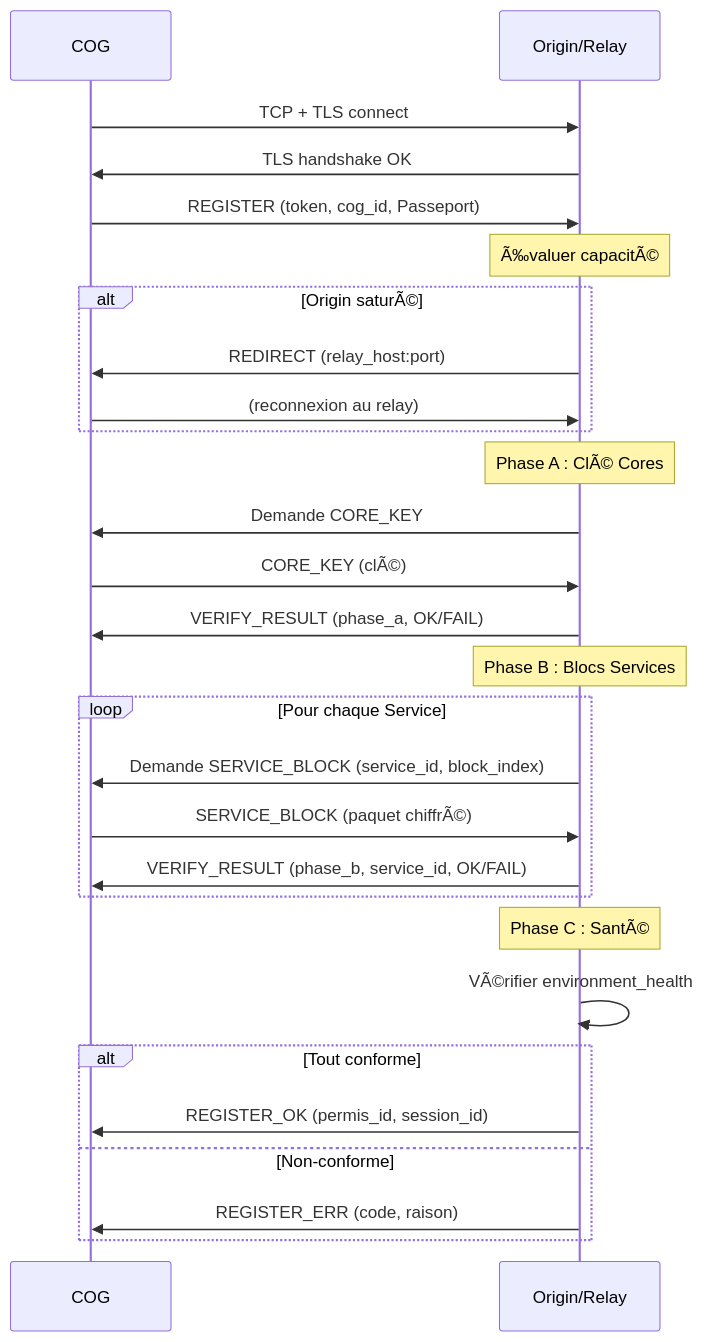
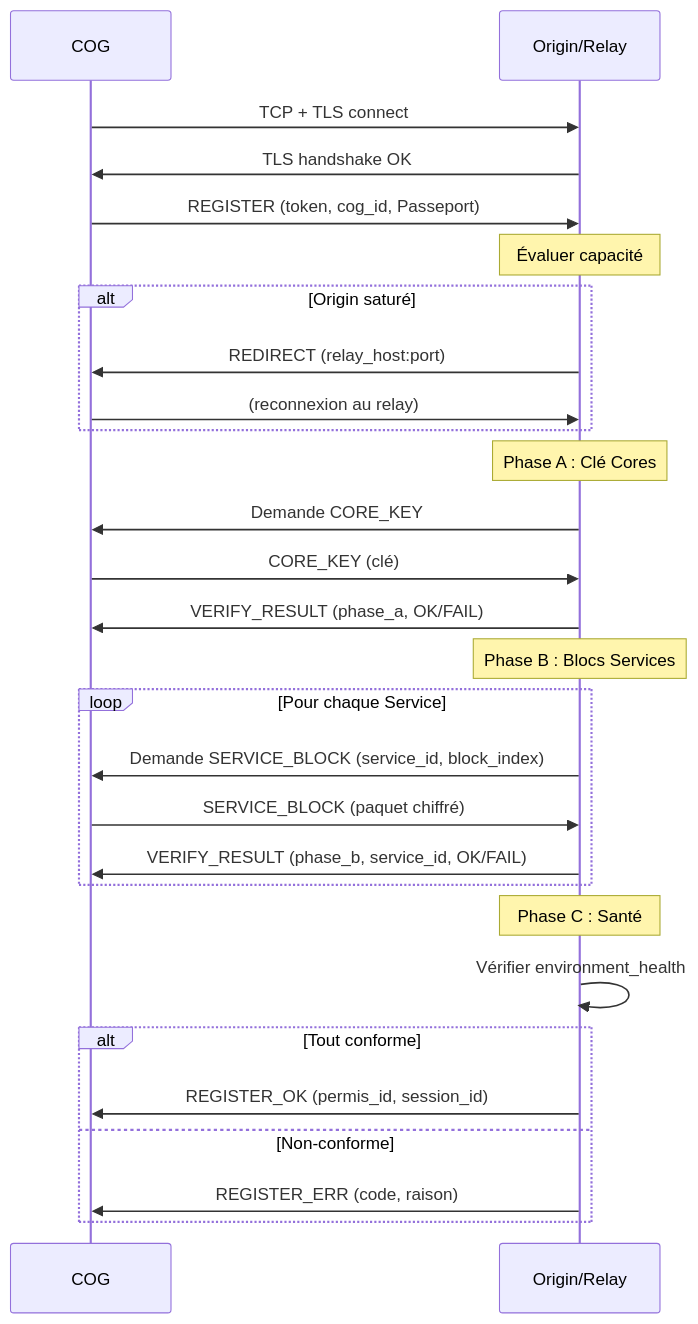
One commit to StudioMiyukini/miyukini_cog changed the diagram in docs/miyukini-webway-system/protocole/MWS - Protocole Relay.md. Above: the diagram before and after it, drawn with Mermaid. The commit also changed other lines of this file and 564 other files, not shown here.

````diff
--- a/docs/miyukini-webway-system/protocole/MWS - Protocole Relay.md
+++ b/docs/miyukini-webway-system/protocole/MWS - Protocole Relay.md
@@ -99,36 +99,36 @@
 ```mermaid
 sequenceDiagram
     participant COG as COG
     participant O as Origin/Relay
 
     COG->>O: TCP + TLS connect
     O->>COG: TLS handshake OK
 
     COG->>O: REGISTER (token, cog_id, Passeport)
-    Note over O: Ã‰valuer capacitÃ©
-    alt Origin saturÃ©
+    Note over O: Évaluer capacité
+    alt Origin saturé
         O->>COG: REDIRECT (relay_host:port)
         COG->>O: (reconnexion au relay)
     end
 
-    Note over O: Phase A : ClÃ© Cores
+    Note over O: Phase A : Clé Cores
     O->>COG: Demande CORE_KEY
-    COG->>O: CORE_KEY (clÃ©)
+    COG->>O: CORE_KEY (clé)
     O->>COG: VERIFY_RESULT (phase_a, OK/FAIL)
 
     Note over O: Phase B : Blocs Services
     loop Pour chaque Service
         O->>COG: Demande SERVICE_BLOCK (service_id, block_index)
-        COG->>O: SERVICE_BLOCK (paquet chiffrÃ©)
+        COG->>O: SERVICE_BLOCK (paquet chiffré)
         O->>COG: VERIFY_RESULT (phase_b, service_id, OK/FAIL)
     end
 
-    Note over O: Phase C : SantÃ©
-    O->>O: VÃ©rifier environment_health
+    Note over O: Phase C : Santé
+    O->>O: Vérifier environment_health
 
     alt Tout conforme
         O->>COG: REGISTER_OK (permis_id, session_id)
     else Non-conforme
         O->>COG: REGISTER_ERR (code, raison)
     end
 ```
````
